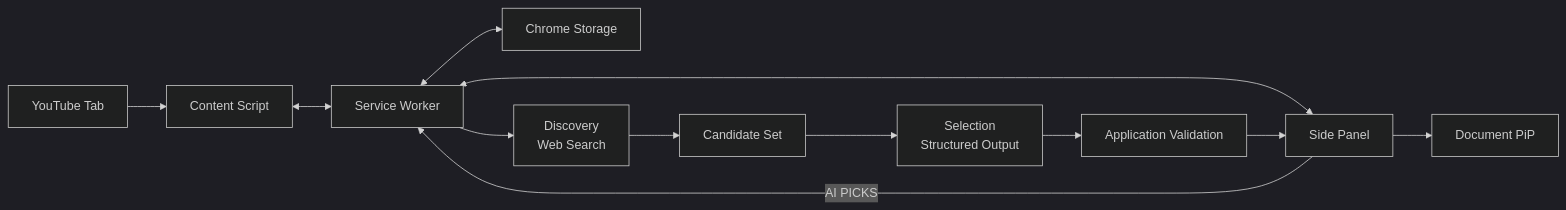
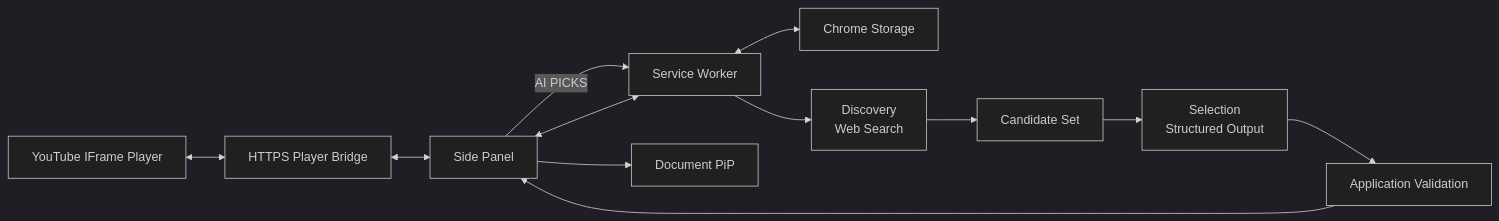
Before and after one commit to seoheejung/pixel-jukebox: the diagram in README.md, drawn with Mermaid (dark theme). The commit also changed other lines of this file and 39 other files, not shown here.

Commit message:
feat: move playback to https player bridge

````diff
--- a/README.md
+++ b/README.md
@@ -70,27 +76,27 @@
 ```mermaid
 flowchart LR
-    YouTube["YouTube Tab"]
-    Content["Content Script"]
+    YouTube["YouTube IFrame Player"]
+    Bridge["HTTPS Player Bridge"]
     Worker["Service Worker"]
     Panel["Side Panel"]
     Storage["Chrome Storage"]
     PiP["Document PiP"]
 
     Discovery["Discovery<br/>Web Search"]
     Candidates["Candidate Set"]
     Selection["Selection<br/>Structured Output"]
     Validation["Application Validation"]
 
-    YouTube --> Content
-    Content <--> Worker
+    YouTube <--> Bridge
+    Bridge <--> Panel
     Worker <--> Panel
     Worker <--> Storage
     Panel --> PiP
 
     Panel -->|"AI PICKS"| Worker
     Worker --> Discovery
     Discovery --> Candidates
     Candidates --> Selection
     Selection --> Validation
     Validation --> Panel
 ```
````
